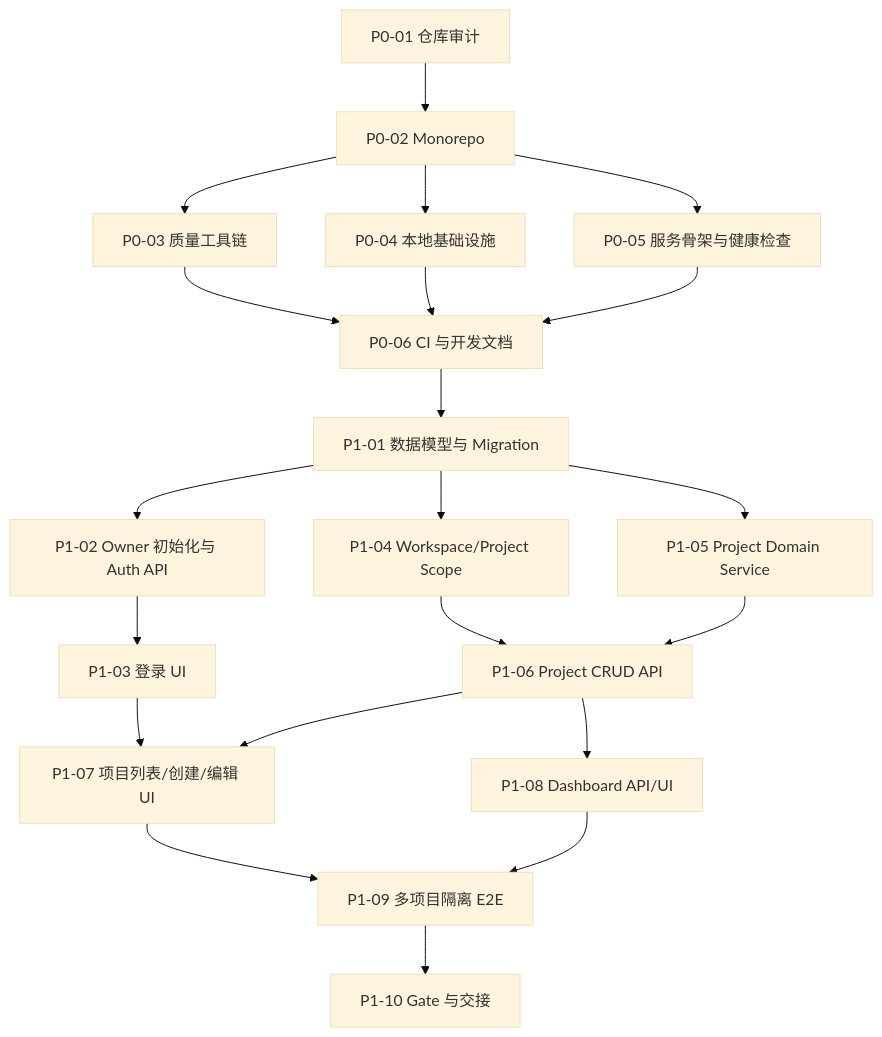
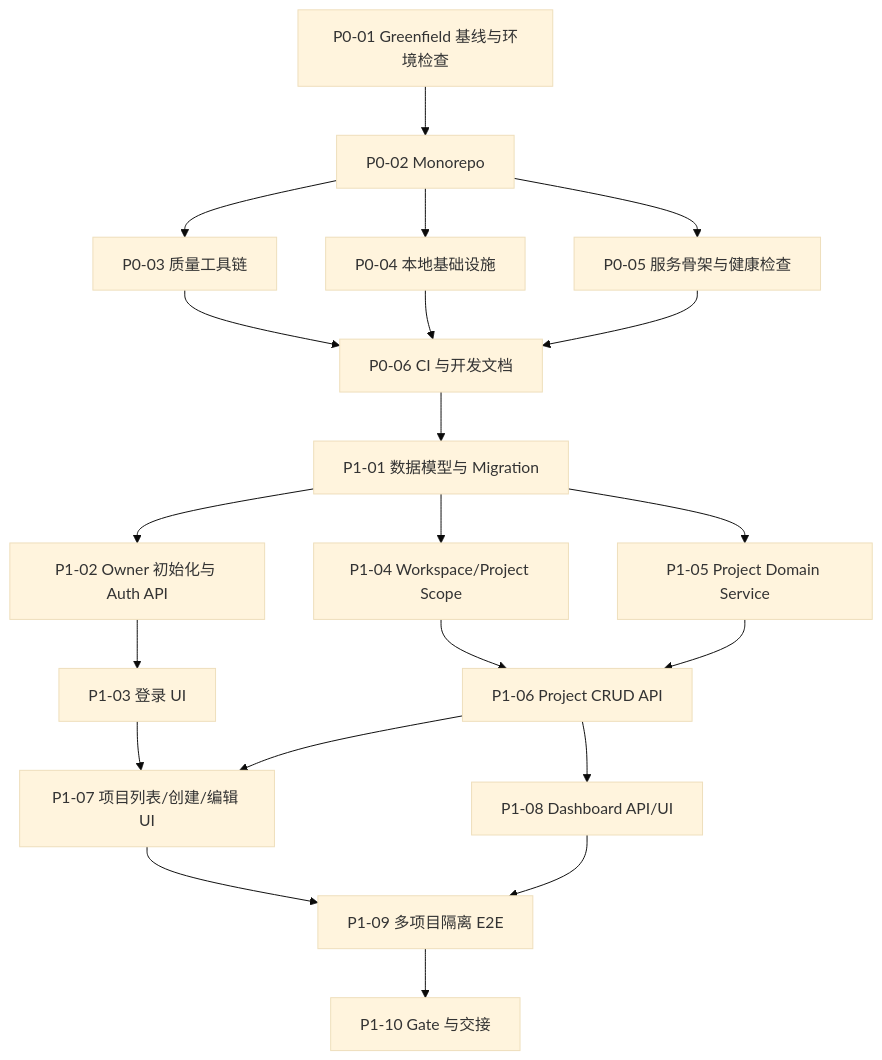
The diagram in SPRINT_PLAN.md (Poetryincense/ai-overseas-store-workbench), drawn with Mermaid (base theme) before and after one commit. The commit also changed other lines of this file and 11 other files, not shown here.

````diff
--- a/SPRINT_PLAN.md
+++ b/SPRINT_PLAN.md
@@ -17,23 +17,23 @@
 ```mermaid
 flowchart TD
-  P001[P0-01 仓库审计] --> P002[P0-02 Monorepo]
+  P001[P0-01 Greenfield 基线与环境检查] --> P002[P0-02 Monorepo]
   P002 --> P003[P0-03 质量工具链]
   P002 --> P004[P0-04 本地基础设施]
   P002 --> P005[P0-05 服务骨架与健康检查]
   P003 --> P006[P0-06 CI 与开发文档]
   P004 --> P006
   P005 --> P006
   P006 --> P101[P1-01 数据模型与 Migration]
   P101 --> P102[P1-02 Owner 初始化与 Auth API]
   P102 --> P103[P1-03 登录 UI]
   P101 --> P104[P1-04 Workspace/Project Scope]
   P101 --> P105[P1-05 Project Domain Service]
   P104 --> P106[P1-06 Project CRUD API]
   P105 --> P106
   P103 --> P107[P1-07 项目列表/创建/编辑 UI]
   P106 --> P107
   P106 --> P108[P1-08 Dashboard API/UI]
   P107 --> P109[P1-09 多项目隔离 E2E]
   P108 --> P109
   P109 --> P110[P1-10 Gate 与交接]
 ```
````
